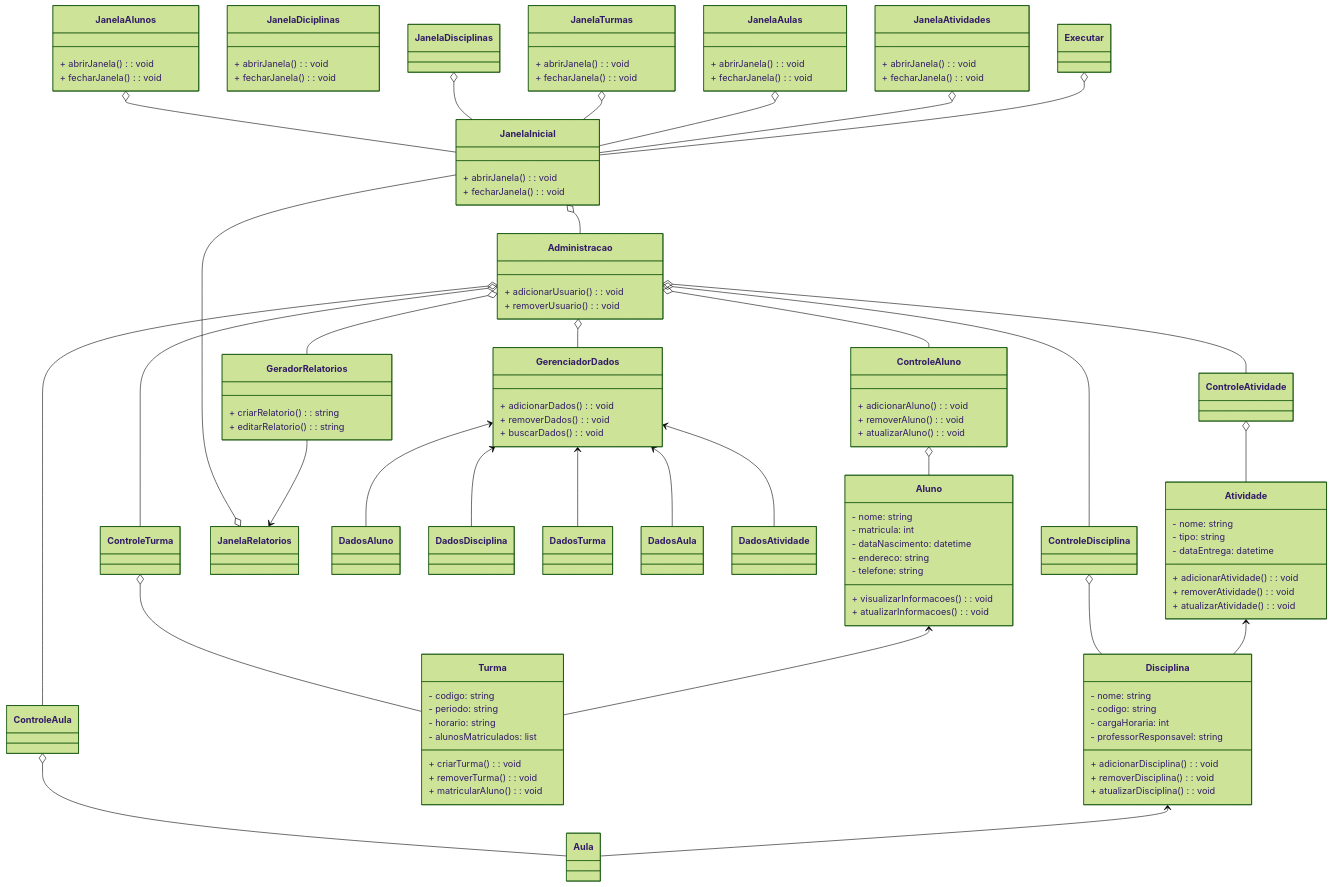
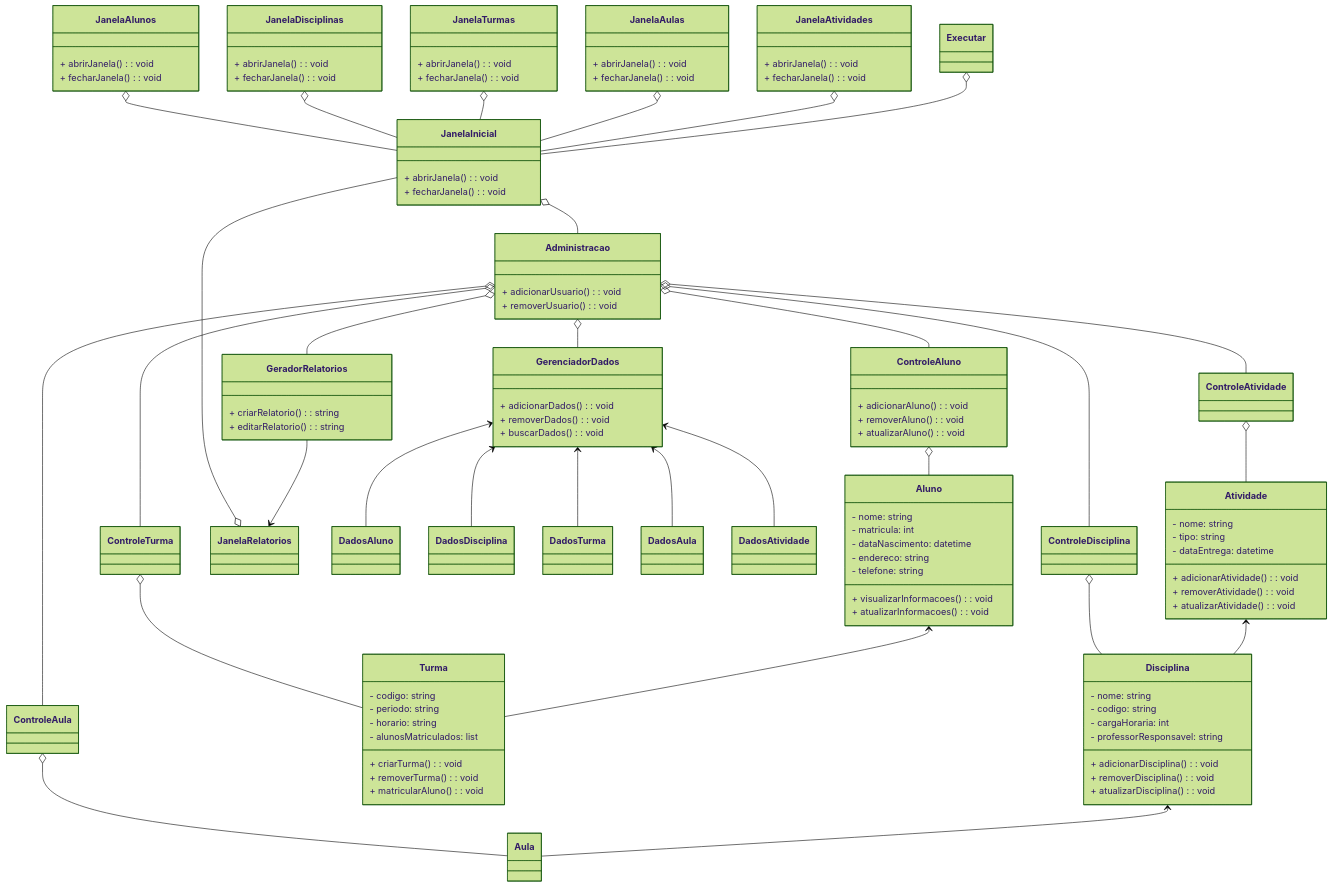
Before and after one commit to mamaclara99/diagramaclasses: the diagram in EngSoft.md, drawn with Mermaid (forest theme).

```diff
--- a/EngSoft.md
+++ b/EngSoft.md
@@ -9,7 +9,7 @@
         + abrirJanela(): void
         + fecharJanela(): void
     }
- class JanelaDiciplinas {
+ class JanelaDisciplinas {
         + abrirJanela(): void
         + fecharJanela(): void
     }
```
